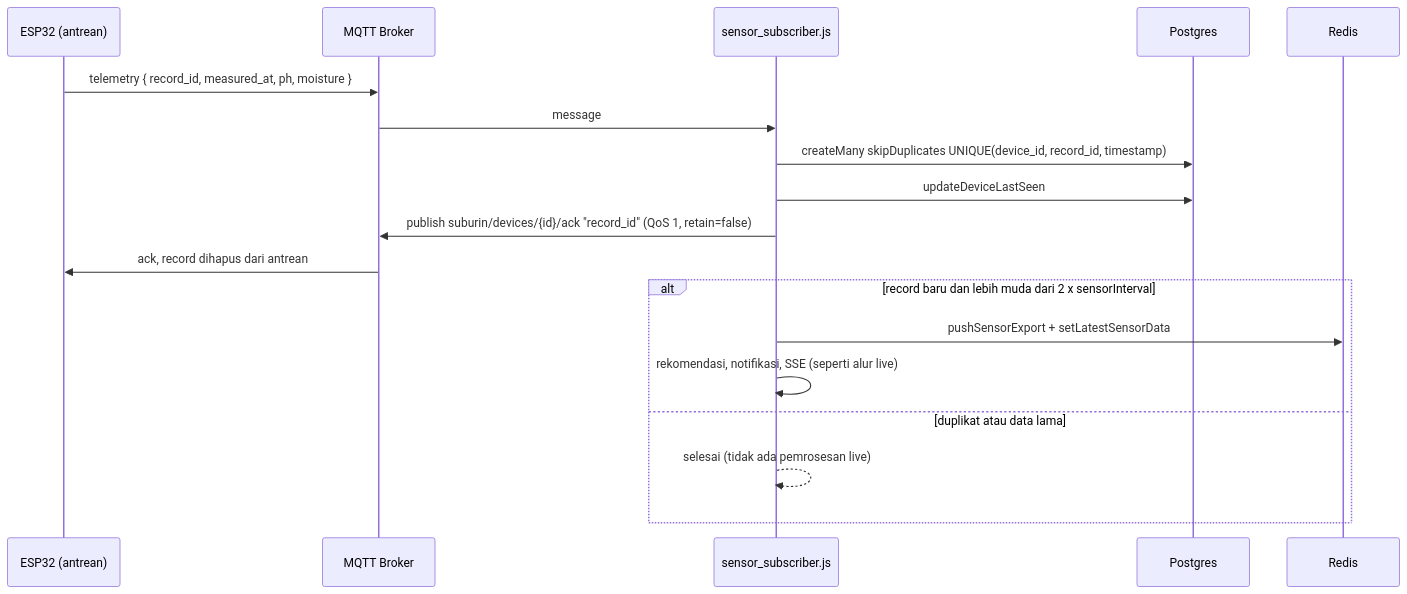
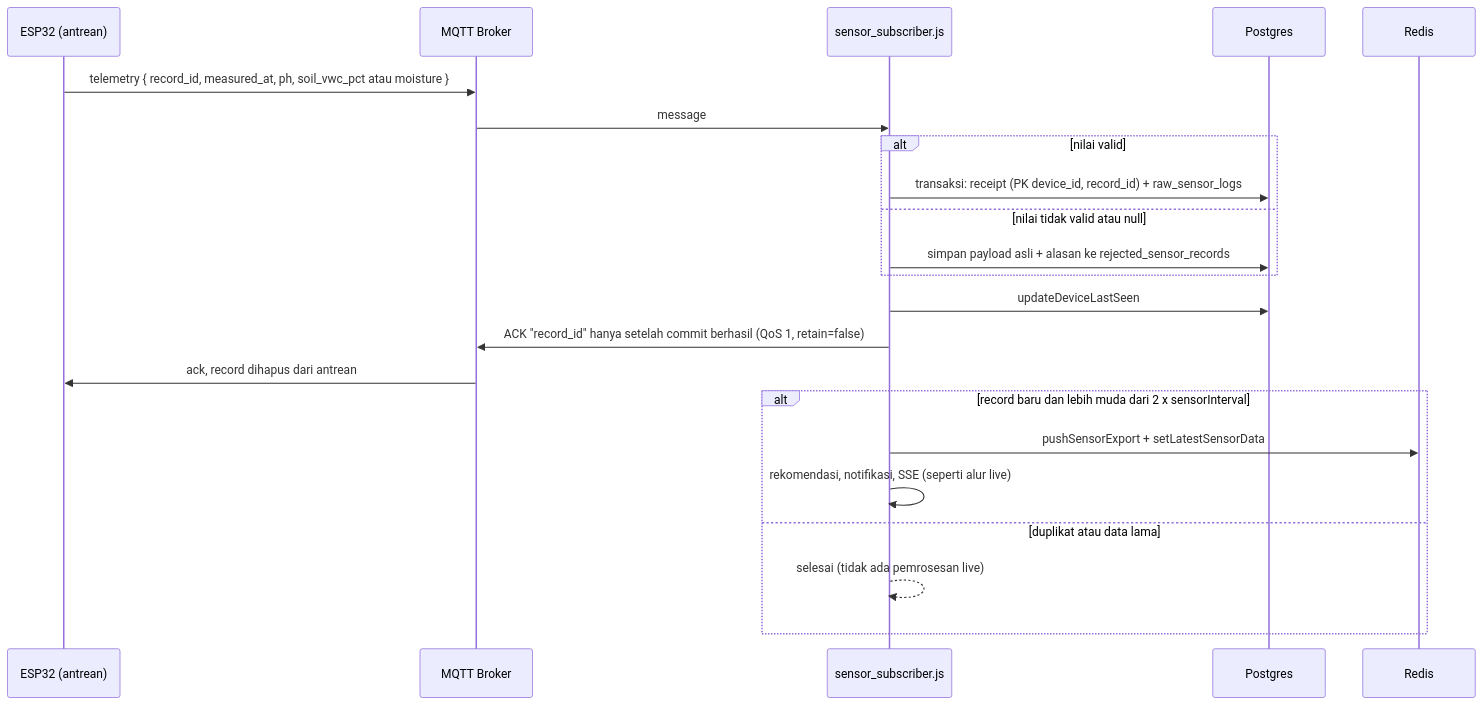
Before and after one commit to Capstone2026-E04/Subur.in: the sixth of 7 diagrams in docs/architecture/api-flow.md, drawn with Mermaid. The commit also changed other lines of this file and 8 other files, not shown here.

Commit message:
docs(sensor): sesuaikan dokumentasi record_id teks, VWC, dan dedup receipt

````diff
--- a/docs/architecture/api-flow.md
+++ b/docs/architecture/api-flow.md
@@ -131,21 +131,25 @@
 ```mermaid
 sequenceDiagram
     participant Device as ESP32 (antrean)
     participant Broker as MQTT Broker
     participant Subscriber as sensor_subscriber.js
     participant Postgres
     participant Redis
 
-    Device->>Broker: telemetry { record_id, measured_at, ph, moisture }
+    Device->>Broker: telemetry { record_id, measured_at, ph, soil_vwc_pct atau moisture }
     Broker->>Subscriber: message
-    Subscriber->>Postgres: createMany skipDuplicates UNIQUE(device_id, record_id, timestamp)
+    alt nilai valid
+        Subscriber->>Postgres: transaksi: receipt (PK device_id, record_id) + raw_sensor_logs
+    else nilai tidak valid atau null
+        Subscriber->>Postgres: simpan payload asli + alasan ke rejected_sensor_records
+    end
     Subscriber->>Postgres: updateDeviceLastSeen
-    Subscriber->>Broker: publish suburin/devices/{id}/ack "record_id" (QoS 1, retain=false)
+    Subscriber->>Broker: ACK "record_id" hanya setelah commit berhasil (QoS 1, retain=false)
     Broker->>Device: ack, record dihapus dari antrean
     alt record baru dan lebih muda dari 2 x sensorInterval
         Subscriber->>Redis: pushSensorExport + setLatestSensorData
         Subscriber->>Subscriber: rekomendasi, notifikasi, SSE (seperti alur live)
     else duplikat atau data lama
         Subscriber-->>Subscriber: selesai (tidak ada pemrosesan live)
     end
 ```
````
